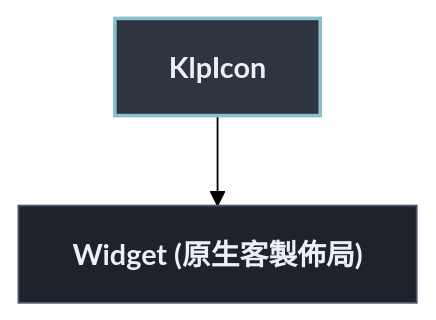
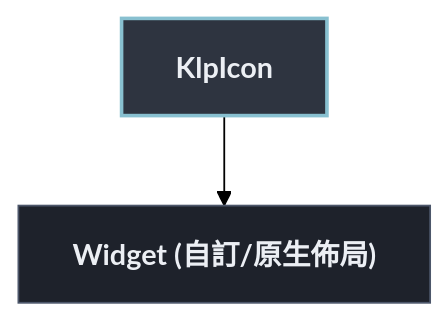
Before and after one commit to MiuDog/Kallopis: the diagram in docs/architecture/components/foundation/klp_icon.md, drawn with Mermaid (forest theme). The commit also changed 123 other files, not shown here.

First line of the commit message:
docs(architecture): regenerate per-component trees, unbreak the generator

````diff
--- a/docs/architecture/components/foundation/klp_icon.md
+++ b/docs/architecture/components/foundation/klp_icon.md
@@ -13,11 +13,11 @@
 ```mermaid
 flowchart TD
   classDef default fill:#1E222B,stroke:#4C566A,stroke-width:1px,color:#ECEFF4;
   classDef root fill:#2E3440,stroke:#88C0D0,stroke-width:2px,color:#ECEFF4,font-weight:bold;
   classDef reference fill:#3B4252,stroke:#EBCB8B,stroke-width:1.5px,stroke-dasharray: 4 3,color:#EBCB8B;
   classDef container fill:#2E3440,stroke:#A3BE8C,stroke-width:1.5px,color:#A3BE8C;
   classDef slot fill:#2E3440,stroke:#D08770,stroke-width:1px,stroke-dasharray: 2 2,color:#D08770;
 
   root["KlpIcon"]:::root
-  root --> leaf["Widget (原生客製佈局)"]
+  root --> leaf["Widget (自訂/原生佈局)"]
 ```
````
